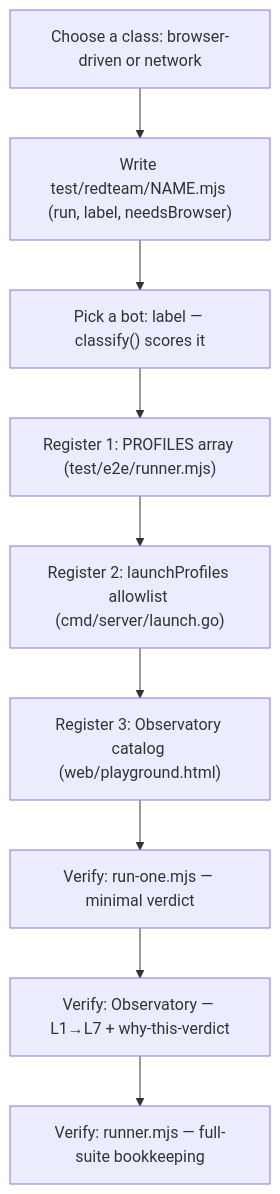
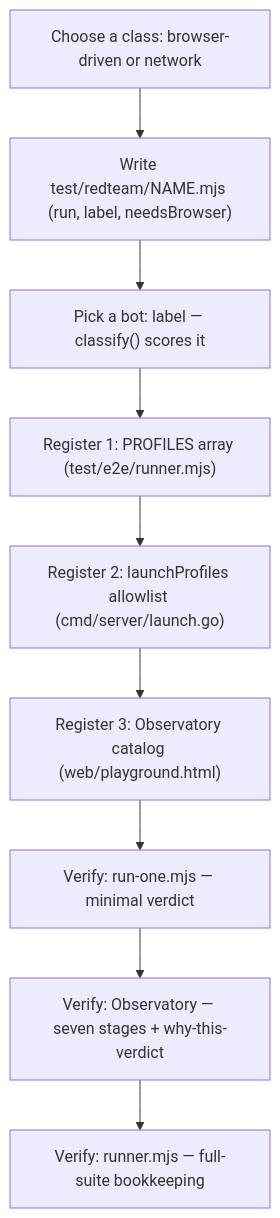
Before and after one commit to modootoday/humanymous: the diagram in docs/how-to/write-a-red-profile.md, drawn with Mermaid. The commit also changed other lines of this file and 62 other files, not shown here.

````diff
--- a/docs/how-to/write-a-red-profile.md
+++ b/docs/how-to/write-a-red-profile.md
@@ -10,11 +10,11 @@
 ```mermaid
 flowchart TD
   C["Choose a class: browser-driven or network"] --> W["Write test/redteam/NAME.mjs (run, label, needsBrowser)"]
   W --> L["Pick a bot: label — classify() scores it"]
   L --> R1["Register 1: PROFILES array (test/e2e/runner.mjs)"]
   R1 --> R2["Register 2: launchProfiles allowlist (cmd/server/launch.go)"]
   R2 --> R3["Register 3: Observatory catalog (web/playground.html)"]
   R3 --> V1["Verify: run-one.mjs — minimal verdict"]
-  V1 --> V2["Verify: Observatory — L1→L7 + why-this-verdict"]
+  V1 --> V2["Verify: Observatory — seven stages + why-this-verdict"]
   V2 --> V3["Verify: runner.mjs — full-suite bookkeeping"]
 ```
````
